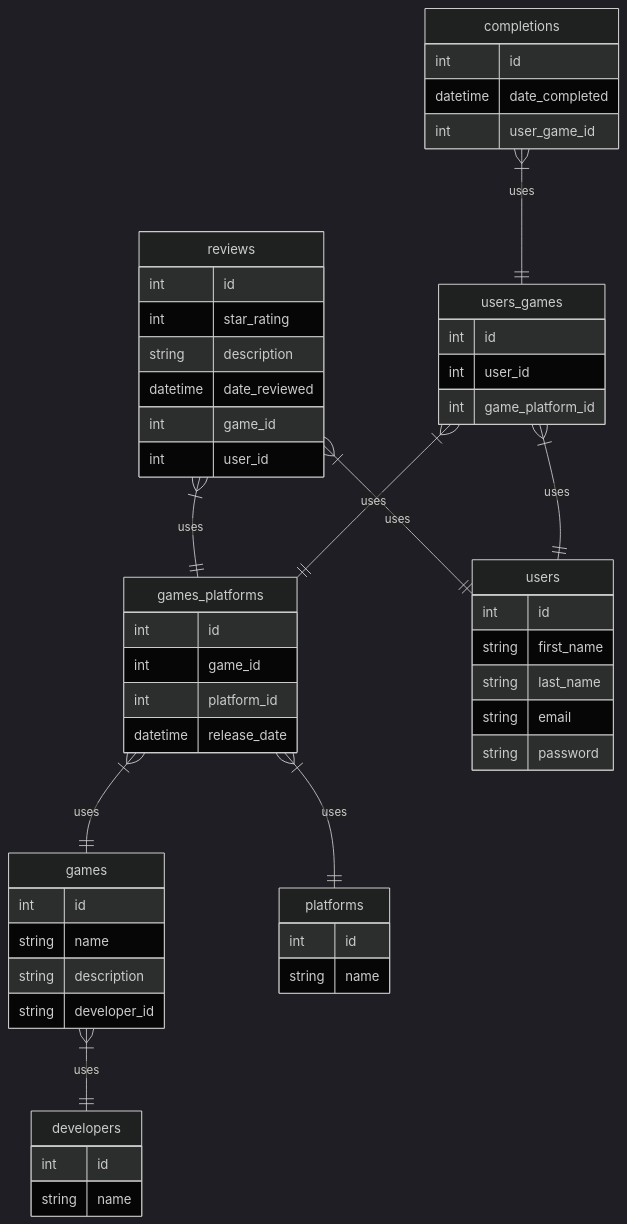
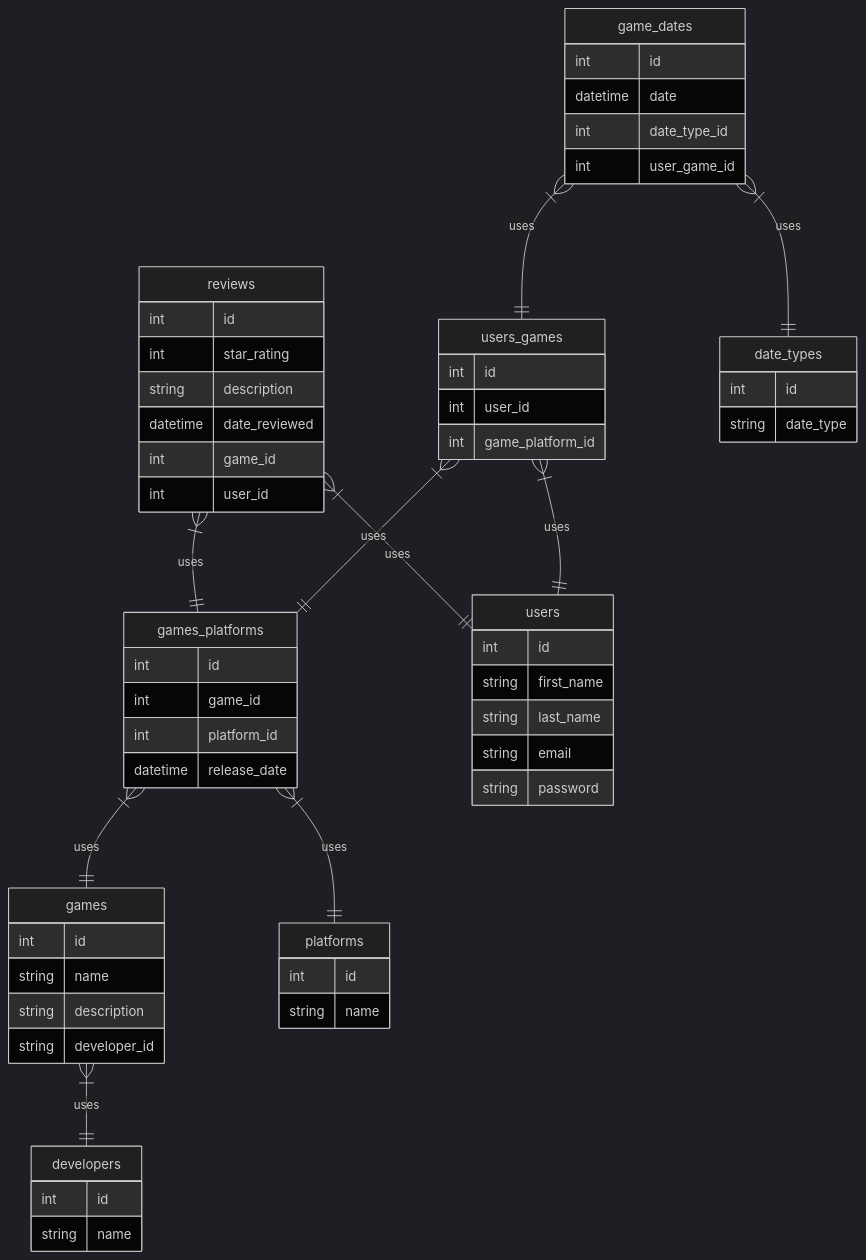
Before and after one commit to Haikira/VGLogger: the second of 2 diagrams in README.md, drawn with Mermaid.

````diff
--- a/README.md
+++ b/README.md
@@ -43,63 +43,70 @@
 ``` mermaid
 %%{init: {'theme': 'dark' } }%%
 
 erDiagram
 
         games {
                 int id
                 string name                
                 string description
                 string developer_id
         }
         platforms {
                 int id
                 string name                
         }
         games_platforms {
                 int id
                 int game_id
                 int platform_id
                 datetime release_date
         }
         users_games {
                 int id
                 int user_id
                 int game_platform_id
         }
         users {
                 int id
                 string first_name
                 string last_name
                 string email
                 string password
         }
         developers {
                 int id
                 string name
         }
         reviews {
                 int id
                 int star_rating
                 string description
                 datetime date_reviewed
                 int game_id
                 int user_id
         }
-        completions {
+        game_dates {
                 int id
-                datetime date_completed
+                datetime date
+                int date_type_id
                 int user_game_id
         }
+        date_types{
+             int id
+             string date_type
+        }
+        
         
         games }|--|| developers: "uses"
         games_platforms }|--|| platforms: "uses"
         games_platforms }|--|| games: "uses"
         reviews }|--|| games_platforms: "uses"       
         reviews }|--|| users: "uses"       
-        completions }|--|| users_games: "uses"        
+        game_dates }|--|| users_games: "uses"        
+        game_dates }|--|| date_types: "uses"        
         users_games }|--|| games_platforms: "uses"
         users_games }|--|| users: "uses"
 
 
 
 ```
````
